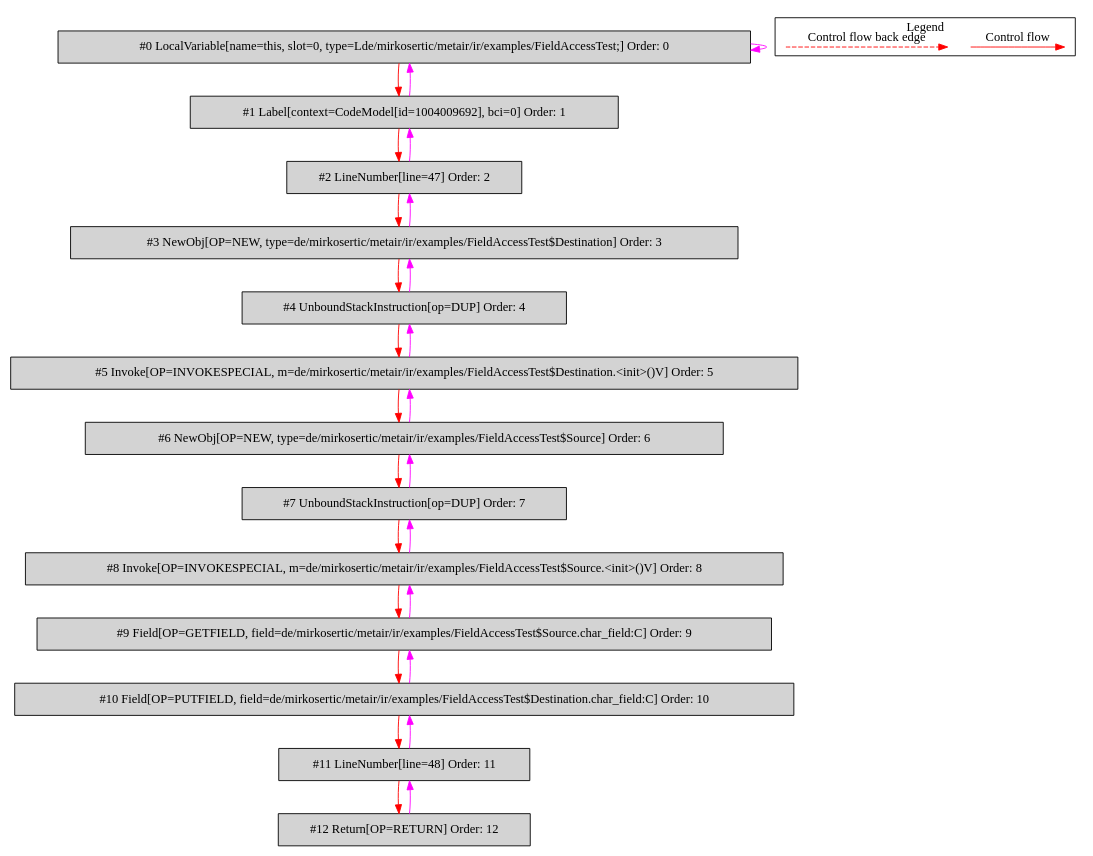
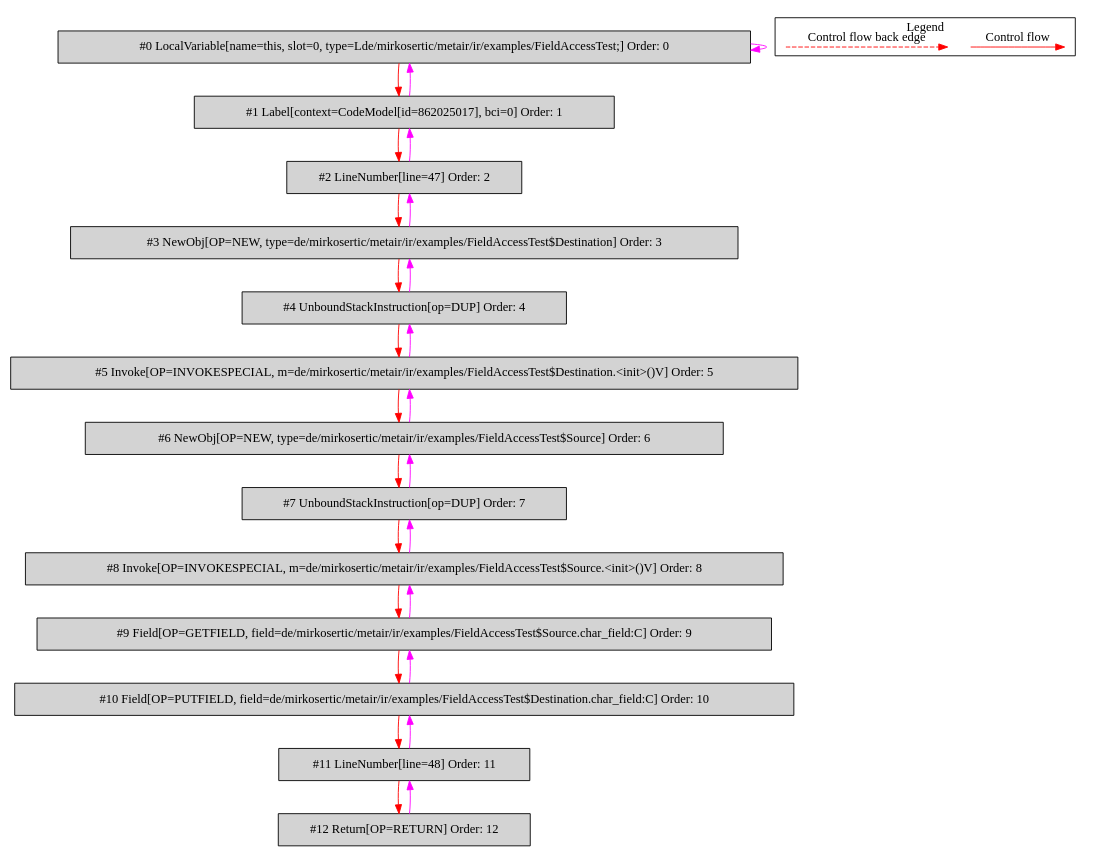
The diagram in de.mirkosertic.metair.ir.examples.FieldAccessTest/copy_char/bytecodecfg.dot (mirkosertic/MetaIR), drawn with Graphviz before and after one commit. The commit also changed 1197 other files, not shown here.

```diff
--- a/de.mirkosertic.metair.ir.examples.FieldAccessTest/copy_char/bytecodecfg.dot
+++ b/de.mirkosertic.metair.ir.examples.FieldAccessTest/copy_char/bytecodecfg.dot
@@ -1,55 +1,55 @@
 digraph {
  ordering="in";
  node0[label="#0 LocalVariable[name=this, slot=0, type=Lde/mirkosertic/metair/ir/examples/FieldAccessTest;] Order: 0", shape=box, fillcolor=lightgrey, style=filled];
- node1[label="#1 Label[context=CodeModel[id=1004009692], bci=0] Order: 1", shape=box, fillcolor=lightgrey, style=filled];
+ node1[label="#1 Label[context=CodeModel[id=862025017], bci=0] Order: 1", shape=box, fillcolor=lightgrey, style=filled];
  node2[label="#2 LineNumber[line=47] Order: 2", shape=box, fillcolor=lightgrey, style=filled];
  node3[label="#3 NewObj[OP=NEW, type=de/mirkosertic/metair/ir/examples/FieldAccessTest$Destination] Order: 3", shape=box, fillcolor=lightgrey, style=filled];
  node4[label="#4 UnboundStackInstruction[op=DUP] Order: 4", shape=box, fillcolor=lightgrey, style=filled];
  node5[label="#5 Invoke[OP=INVOKESPECIAL, m=de/mirkosertic/metair/ir/examples/FieldAccessTest$Destination.<init>()V] Order: 5", shape=box, fillcolor=lightgrey, style=filled];
  node6[label="#6 NewObj[OP=NEW, type=de/mirkosertic/metair/ir/examples/FieldAccessTest$Source] Order: 6", shape=box, fillcolor=lightgrey, style=filled];
  node7[label="#7 UnboundStackInstruction[op=DUP] Order: 7", shape=box, fillcolor=lightgrey, style=filled];
  node8[label="#8 Invoke[OP=INVOKESPECIAL, m=de/mirkosertic/metair/ir/examples/FieldAccessTest$Source.<init>()V] Order: 8", shape=box, fillcolor=lightgrey, style=filled];
  node9[label="#9 Field[OP=GETFIELD, field=de/mirkosertic/metair/ir/examples/FieldAccessTest$Source.char_field:C] Order: 9", shape=box, fillcolor=lightgrey, style=filled];
  node10[label="#10 Field[OP=PUTFIELD, field=de/mirkosertic/metair/ir/examples/FieldAccessTest$Destination.char_field:C] Order: 10", shape=box, fillcolor=lightgrey, style=filled];
  node11[label="#11 LineNumber[line=48] Order: 11", shape=box, fillcolor=lightgrey, style=filled];
  node12[label="#12 Return[OP=RETURN] Order: 12", shape=box, fillcolor=lightgrey, style=filled];
  node0 -> node0[color=fuchsia];
  node0 -> node1[color=red];
  node1 -> node0[color=fuchsia];
  node1 -> node2[color=red];
  node2 -> node1[color=fuchsia];
  node2 -> node3[color=red];
  node3 -> node2[color=fuchsia];
  node3 -> node4[color=red];
  node4 -> node3[color=fuchsia];
  node4 -> node5[color=red];
  node5 -> node4[color=fuchsia];
  node5 -> node6[color=red];
  node6 -> node5[color=fuchsia];
  node6 -> node7[color=red];
  node7 -> node6[color=fuchsia];
  node7 -> node8[color=red];
  node8 -> node7[color=fuchsia];
  node8 -> node9[color=red];
  node9 -> node8[color=fuchsia];
  node9 -> node10[color=red];
  node10 -> node9[color=fuchsia];
  node10 -> node11[color=red];
  node11 -> node10[color=fuchsia];
  node11 -> node12[color=red];
  node12 -> node11[color=fuchsia];
  subgraph cluster_000 {
   label = "Legend";
   node [shape=point]
   {
    rank=same;
    c0 [style = invis];
    c1 [style = invis];
    c2 [style = invis];
    c3 [style = invis];
   }
   c0 -> c1 [label="Control flow", style=solid, color=red]
   c2 -> c3 [label="Control flow back edge", style=dashed, color=red]
  }
 
 }
```
